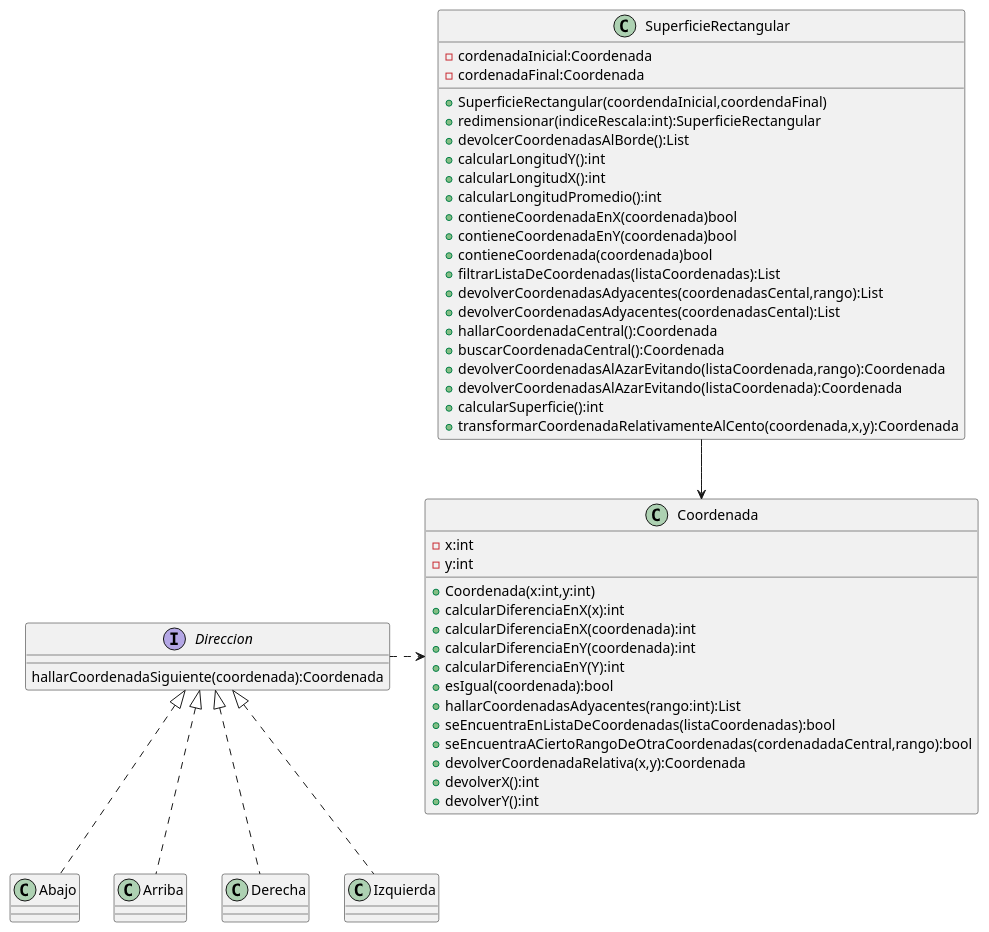
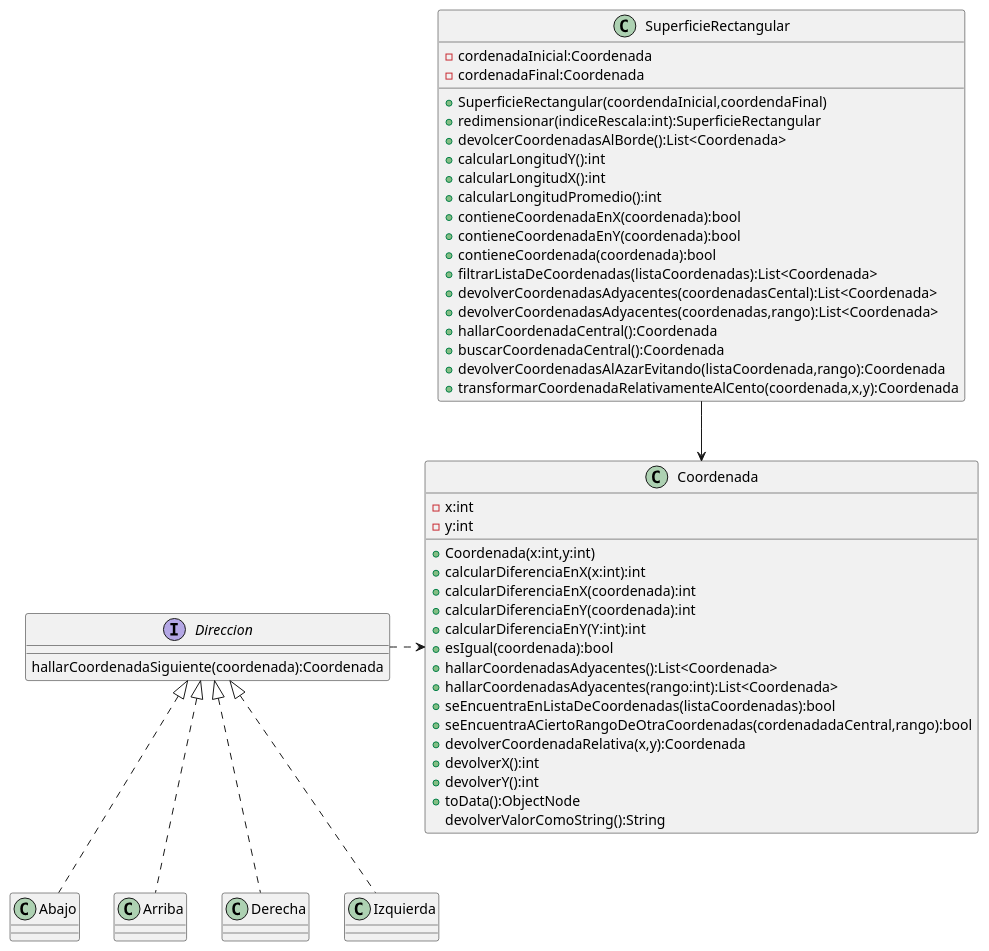
Before and after one commit to LucasMBarrientos/algo3_tp2: the diagram in diagrams/Modelo/class/clase_coordenada.puml, drawn with PlantUML. The commit also changed 27 other files, not shown here.

```diff
--- a/diagrams/Modelo/class/clase_coordenada.puml
+++ b/diagrams/Modelo/class/clase_coordenada.puml
@@ -1,51 +1,54 @@
 @startuml
 interface Direccion{
 hallarCoordenadaSiguiente(coordenada):Coordenada
 }
 
 class Coordenada{
 -x:int
 -y:int
 +Coordenada(x:int,y:int)
-+calcularDiferenciaEnX(x):int
++calcularDiferenciaEnX(x:int):int
 +calcularDiferenciaEnX(coordenada):int
 +calcularDiferenciaEnY(coordenada):int
-+calcularDiferenciaEnY(Y):int
++calcularDiferenciaEnY(Y:int):int
 +esIgual(coordenada):bool
-+hallarCoordenadasAdyacentes(rango:int):List
++hallarCoordenadasAdyacentes():List<Coordenada>
++hallarCoordenadasAdyacentes(rango:int):List<Coordenada>
 +seEncuentraEnListaDeCoordenadas(listaCoordenadas):bool
 +seEncuentraACiertoRangoDeOtraCoordenadas(cordenadadaCentral,rango):bool
 +devolverCoordenadaRelativa(x,y):Coordenada
 +devolverX():int
 +devolverY():int
++toData():ObjectNode
+devolverValorComoString():String
 }
 class SuperficieRectangular{
 -cordenadaInicial:Coordenada
 -cordenadaFinal:Coordenada
 +SuperficieRectangular(coordendaInicial,coordendaFinal)
 +redimensionar(indiceRescala:int):SuperficieRectangular
-+devolcerCoordenadasAlBorde():List
++devolcerCoordenadasAlBorde():List<Coordenada>
 +calcularLongitudY():int
 +calcularLongitudX():int
 +calcularLongitudPromedio():int
-+contieneCoordenadaEnX(coordenada)bool
-+contieneCoordenadaEnY(coordenada)bool
-+contieneCoordenada(coordenada)bool
-+filtrarListaDeCoordenadas(listaCoordenadas):List
-+devolverCoordenadasAdyacentes(coordenadasCental,rango):List
-+devolverCoordenadasAdyacentes(coordenadasCental):List
++contieneCoordenadaEnX(coordenada):bool
++contieneCoordenadaEnY(coordenada):bool
++contieneCoordenada(coordenada):bool
++filtrarListaDeCoordenadas(listaCoordenadas):List<Coordenada>
++devolverCoordenadasAdyacentes(coordenadasCental):List<Coordenada>
++devolverCoordenadasAdyacentes(coordenadas,rango):List<Coordenada>
 +hallarCoordenadaCentral():Coordenada
 +buscarCoordenadaCentral():Coordenada
 +devolverCoordenadasAlAzarEvitando(listaCoordenada,rango):Coordenada
-+devolverCoordenadasAlAzarEvitando(listaCoordenada):Coordenada
-+calcularSuperficie():int
+'+devolverCoordenadasAlAzarEvitando(listaCoordenada):Coordenada
+'+calcularSuperficie():int
 +transformarCoordenadaRelativamenteAlCento(coordenada,x,y):Coordenada
 
 }
 SuperficieRectangular --> Coordenada
 Direccion .> Coordenada
 Direccion <|.. Abajo
 Direccion <|.. Arriba
 Direccion <|.. Derecha
 Direccion <|.. Izquierda
 @enduml
```
